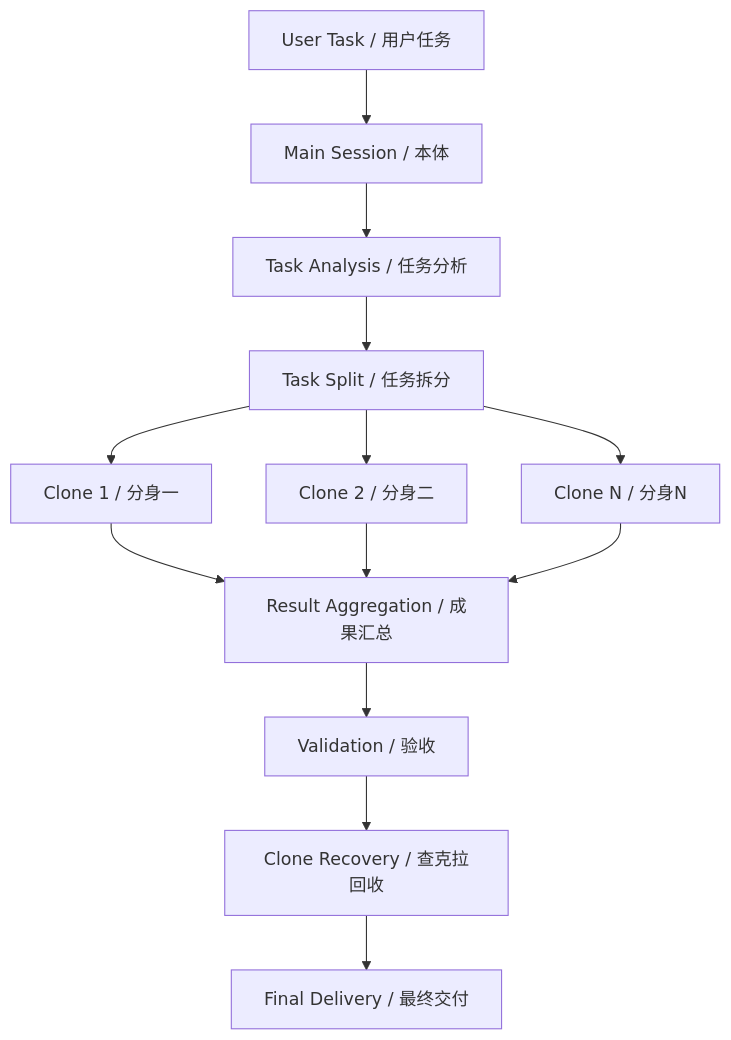
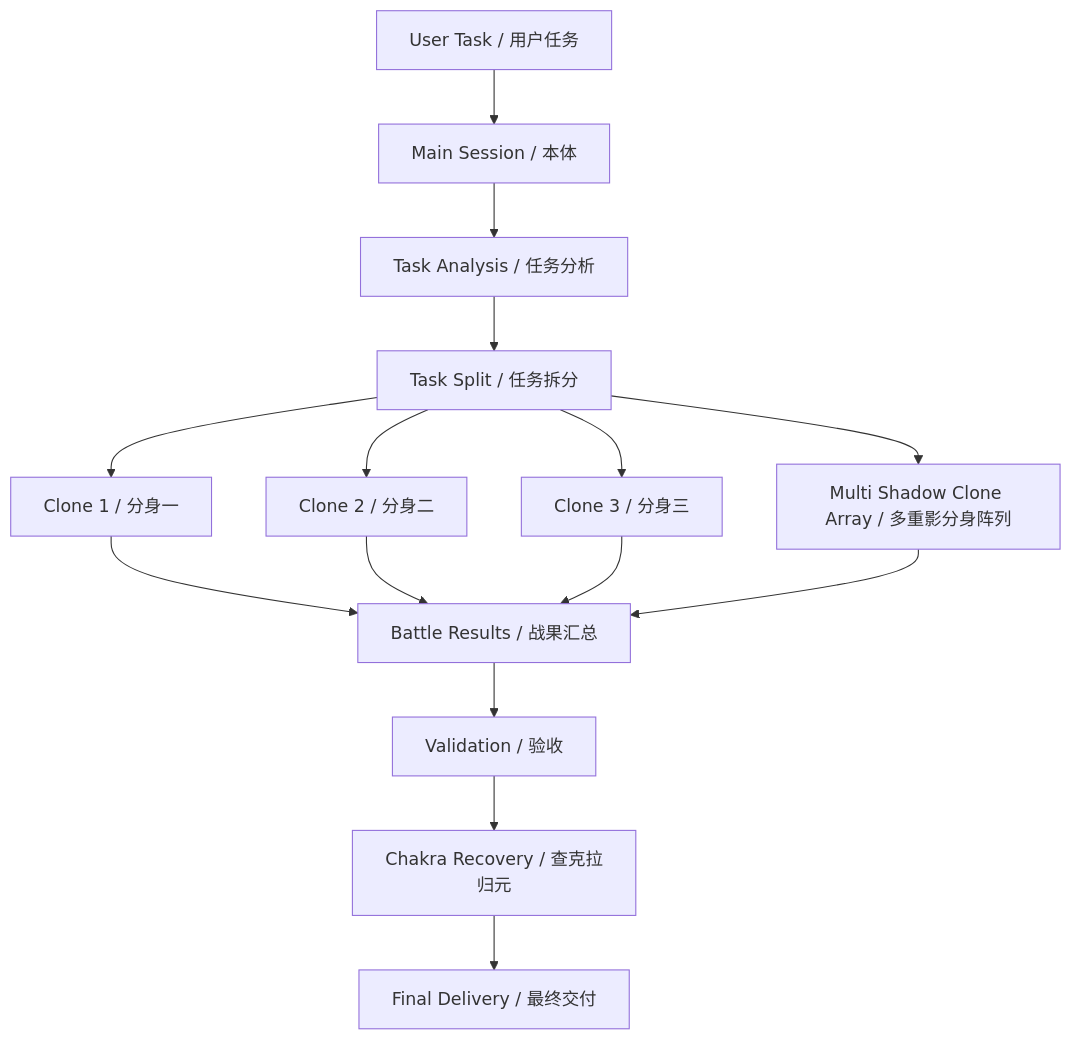
The diagram in README.md (danasong/shadow-clone), drawn with Mermaid before and after one commit. The commit also changed other lines of this file and 1 other file, not shown here.

Commit message:
Rebrand shadow-clone as Naruto multi shadow clone

````diff
--- a/README.md
+++ b/README.md
@@ -66,15 +62,17 @@
 ```mermaid
 flowchart TD
     U[User Task / 用户任务] --> M[Main Session / 本体]
     M --> A[Task Analysis / 任务分析]
     A --> S[Task Split / 任务拆分]
     S --> C1[Clone 1 / 分身一]
     S --> C2[Clone 2 / 分身二]
-    S --> C3[Clone N / 分身N]
-    C1 --> R[Result Aggregation / 成果汇总]
+    S --> C3[Clone 3 / 分身三]
+    S --> CN[Multi Shadow Clone Array / 多重影分身阵列]
+    C1 --> R[Battle Results / 战果汇总]
     C2 --> R
     C3 --> R
+    CN --> R
     R --> V[Validation / 验收]
-    V --> K[Clone Recovery / 查克拉回收]
+    V --> K[Chakra Recovery / 查克拉归元]
     K --> D[Final Delivery / 最终交付]
 ```
````
